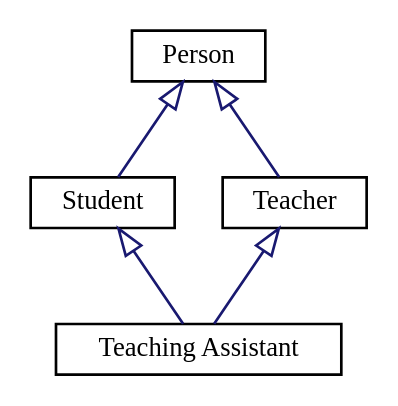
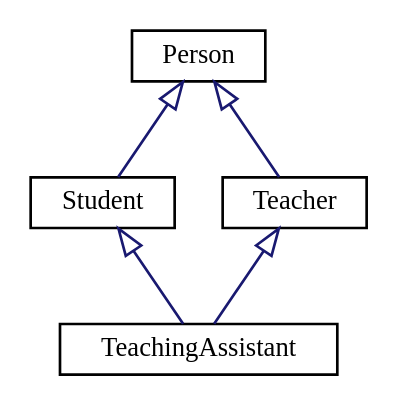
The second of 2 diagrams in _sources/class-III-design/inheritance.rst (DaveParillo/intermediate-cpp), drawn with Graphviz before and after one commit. The commit also changed other lines of this file, not shown here.

```diff
--- a/_sources/class-III-design/inheritance.rst
+++ b/_sources/class-III-design/inheritance.rst
@@ -236,27 +236,27 @@
 .. graphviz:: 
    :alt: multiple inheritance
 
    digraph "person"
    {
      edge [fontname="BitstreamVeraSans",
            fontsize="10",
            labelfontname="BitstreamVeraSans",
            labelfontsize="10",
            dir="back",
            arrowtail="onormal",
            style="solid",
            color="midnightblue"];
      node [fontname="BitstreamVeraSans",
            fontsize="10",
            height=0.2,
            width=0.4,
            color="black",
            fillcolor="white",
            shape=box,
            style="filled"];
      Person -> Student;
      Person -> Teacher;
      Student -> ta;
      Teacher -> ta;
-     ta [label="Teaching Assistant"];
+     ta [label="TeachingAssistant"];
    }
```
